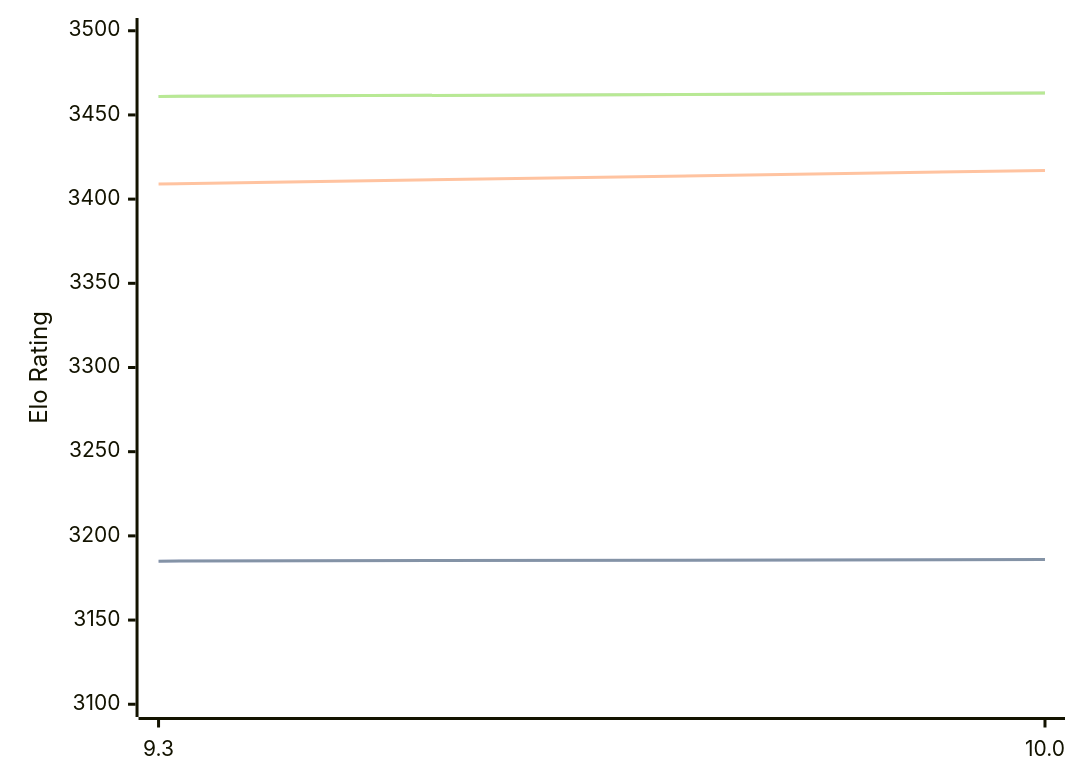
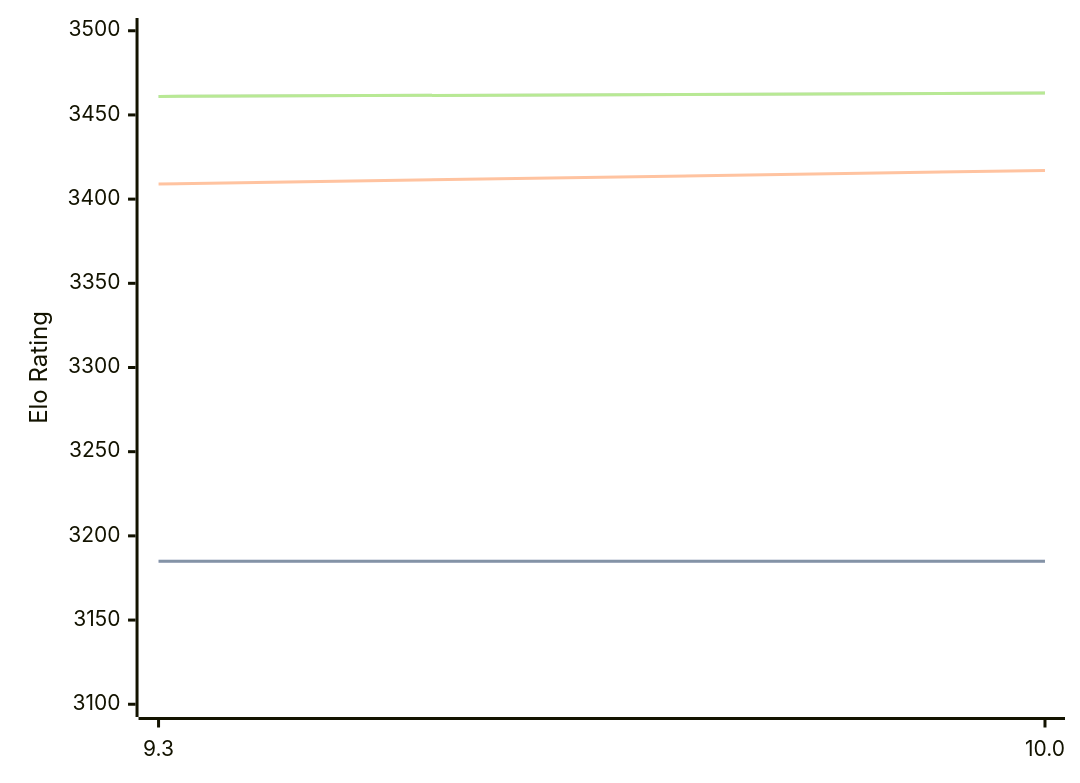
Before and after one commit to computer-chess-index/cci: the diagram in engines/Fire.md, drawn with Mermaid. The commit also changed other lines of this file, not shown here.

Commit message:
Update CCI Ratings (ELO VLTC) - 2026-03-16

````diff
--- a/engines/Fire.md
+++ b/engines/Fire.md
@@ -45,11 +45,11 @@
 ```mermaid
 %%{init: {"theme":"base","themeVariables":{"seriesColors:['#a3a3a3','#222221','#faa371']}}}%%
 xychart-beta
   x-axis ["9.3", "10.0"]
   y-axis "Elo Rating" 3100 --> 3500
-  line "STC (8.0+0.08s)" [3185, 3186]
-  line "STC (8.0+0.08s)" [3185, 3186]
+  line "STC (8.0+0.08s)" [3185, 3185]
+  line "STC (8.0+0.08s)" [3185, 3185]
   line "LTC (60.0+0.60s)" [3409, 3417]
   line "VLTC (2m24s+1.12s)" [3461, 3463]
   line "VLTC (2m24s+1.12s)" [3461, 3463]
 ```
````
